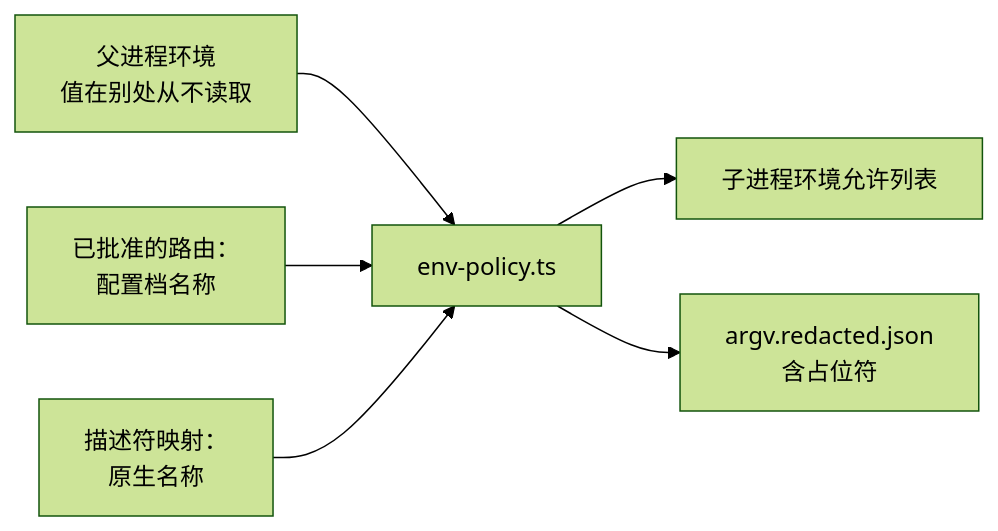
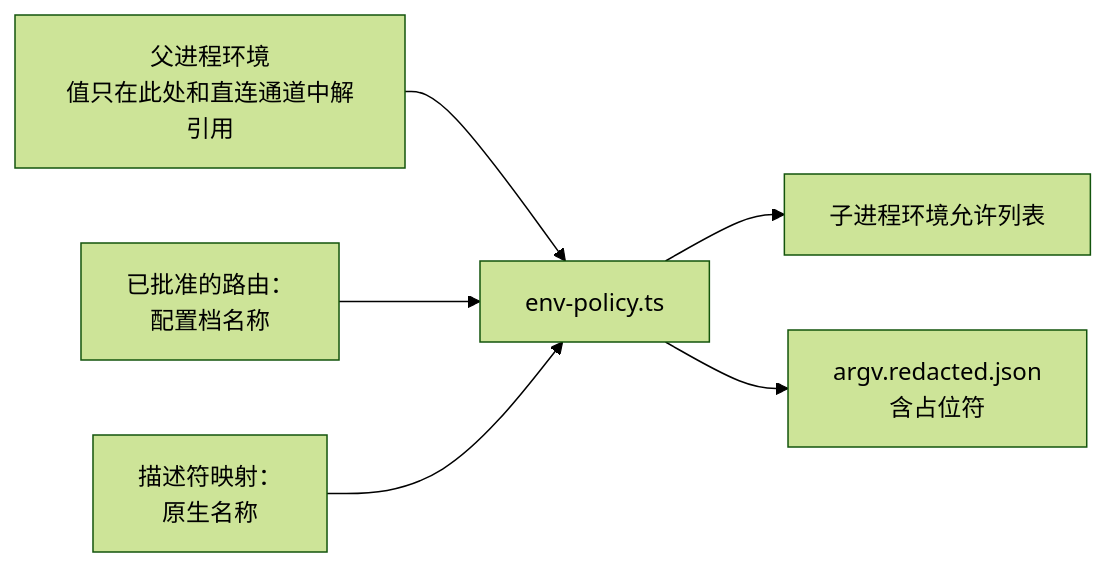
Before and after one commit to Qither/keel: the diagram in docs/10-providers.zh-CN.md, drawn with Mermaid (forest theme). The commit also changed other lines of this file and 23 other files, not shown here.

````diff
--- a/docs/10-providers.zh-CN.md
+++ b/docs/10-providers.zh-CN.md
@@ -114,8 +114,8 @@
 ```mermaid
 flowchart LR
-  P[父进程环境<br/>值在别处从不读取] --> A[env-policy.ts]
+  P[父进程环境<br/>值只在此处和直连通道中解引用] --> A[env-policy.ts]
   S[已批准的路由：<br/>配置档名称] --> A
   D[描述符映射：<br/>原生名称] --> A
   A --> C[子进程环境允许列表]
   A --> R[argv.redacted.json<br/>含占位符]
 ```
````
